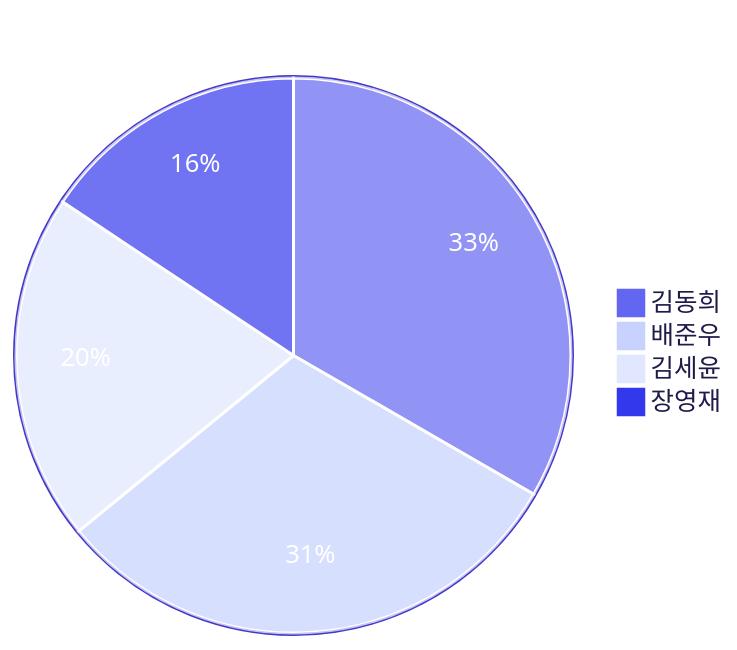
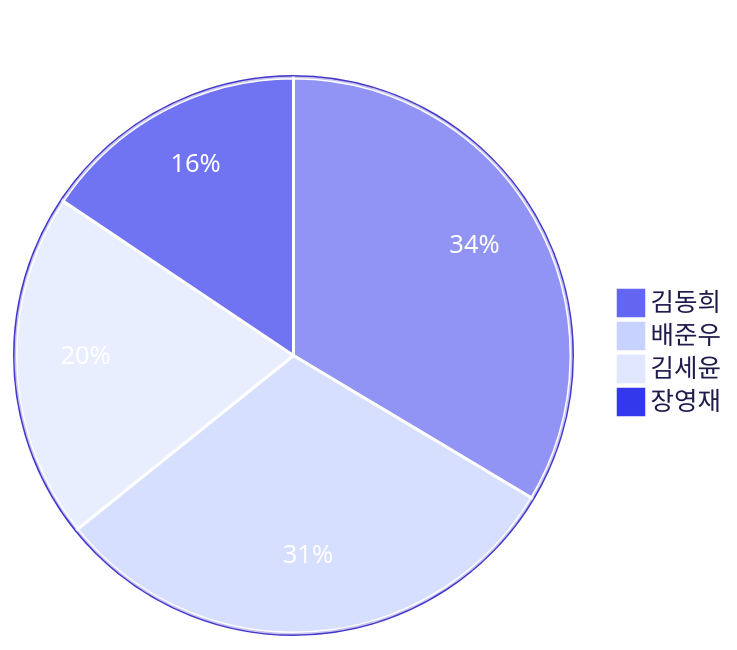
The third of 4 diagrams in README.md (3rd-project-team-1/ALYAC-market-team1), drawn with Mermaid before and after one commit. The commit also changed other lines of this file, not shown here.

````diff
--- a/README.md
+++ b/README.md
@@ -415,17 +414,17 @@
 ```mermaid
 %%{init: { 'theme': 'base', 'themeVariables': {
   'primaryColor': '#6366f1',
   'primaryTextColor': '#ffffff',
   'primaryBorderColor': '#4338ca',
   'secondaryColor': '#c7d2fe',
   'tertiaryColor': '#e0e7ff',
   'pieLegendTextColor': '#1e1b4b',
   'pieStrokeColor': '#ffffff',
   'pieOuterStrokeColor': '#4338ca'
 } } }%%
 pie title 기여자별 커밋 수
-  "김동희" : 181
+  "김동희" : 183
   "배준우" : 167
   "김세윤" : 110
   "장영재" : 85
 ```
````
